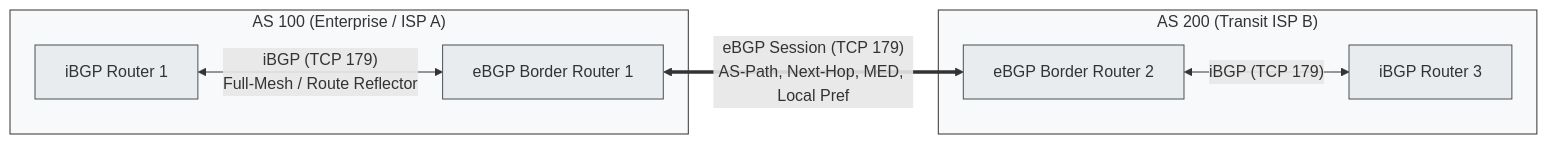
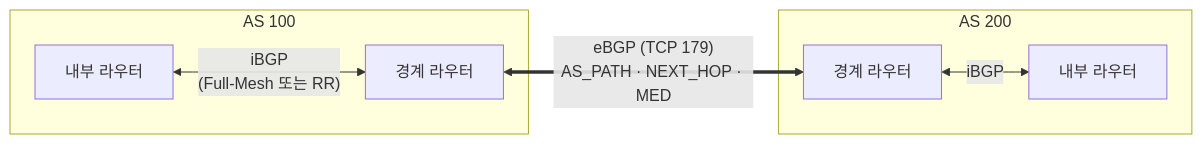
Before and after one commit to supremethumb/supremethumb.github.io: the diagram in content/01_IT Tech/BGP.md, drawn with Mermaid. The commit also changed other lines of this file and 1087 other files, not shown here.

````diff
--- a/content/01_IT Tech/BGP.md
+++ b/content/01_IT Tech/BGP.md
@@ -27,22 +35,10 @@
 ```mermaid
 flowchart LR
-    subgraph AS100["AS 100 (Enterprise / ISP A)"]
-        R1["iBGP Router 1"]
-        R2["eBGP Border Router 1"]
-        R1 <--"iBGP (TCP 179)<br/>Full-Mesh / Route Reflector"--> R2
+    subgraph AS100["AS 100"]
+        R1["내부 라우터"] <-- "iBGP<br/>(Full-Mesh 또는 RR)" --> R2["경계 라우터"]
     end
-
-    subgraph AS200["AS 200 (Transit ISP B)"]
-        R3["eBGP Border Router 2"]
-        R4["iBGP Router 3"]
-        R3 <--"iBGP (TCP 179)"--> R4
+    subgraph AS200["AS 200"]
+        R3["경계 라우터"] <-- "iBGP" --> R4["내부 라우터"]
     end
-
-    R2 <=="eBGP Session (TCP 179)<br/>AS-Path, Next-Hop, MED, Local Pref"==> R3
-
-    classDef as fill:#f8f9fa,stroke:#333,stroke-width:1px;
-    classDef router fill:#e9ecef,stroke:#495057,stroke-width:1px;
-    class AS100,AS200 as;
-    class R1,R2,R3,R4 router;
-
+    R2 <== "eBGP (TCP 179)<br/>AS_PATH · NEXT_HOP · MED" ==> R3
 ```
````
